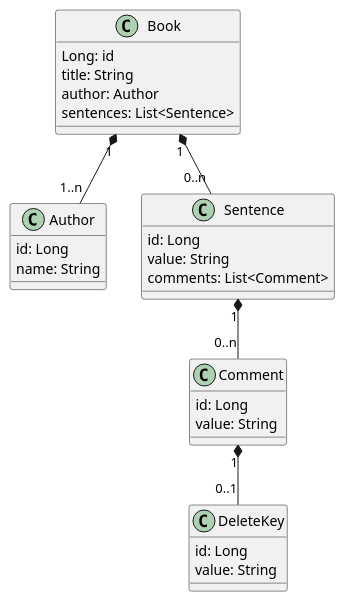
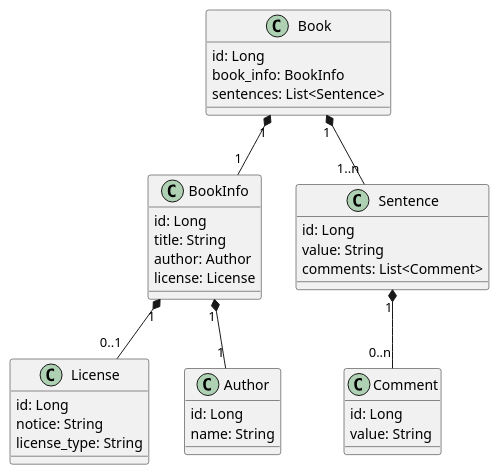
One commit to ahyaemon/bancha_books changed the third of 5 diagrams in sphinx/system_requirement/class/index.rst. Above: the diagram before and after it, drawn with PlantUML. The commit also changed 6 other files, not shown here.

```diff
--- a/sphinx/system_requirement/class/index.rst
+++ b/sphinx/system_requirement/class/index.rst
@@ -36,34 +36,42 @@
 .. uml::
 
   class Book {
-    Long: id
+    id: Long
+    book_info: BookInfo
+    sentences: List<Sentence>
+  }
+
+  class BookInfo {
+    id: Long
     title: String
     author: Author
-    sentences: List<Sentence>
+    license: License
+  }
+
+  class License {
+    id: Long
+    notice: String
+    license_type: String
   }
 
   class Author {
     id: Long
     name: String
   }
 
   class Sentence {
     id: Long
     value: String
     comments: List<Comment>
   }
 
   class Comment {
     id: Long
     value: String
   }
 
-  class DeleteKey {
-    id: Long
-    value: String
-  }
-
-  Book "1" *-- "0..n" Sentence
-  Book "1" *-- "1..n" Author
+  Book "1" *-- "1" BookInfo
+  Book "1" *-- "1..n" Sentence
+  BookInfo "1" *-- "1" Author
+  BookInfo "1" *-- "0..1" License
   Sentence "1" *-- "0..n" Comment
-  Comment "1" *-- "0..1" DeleteKey
```
